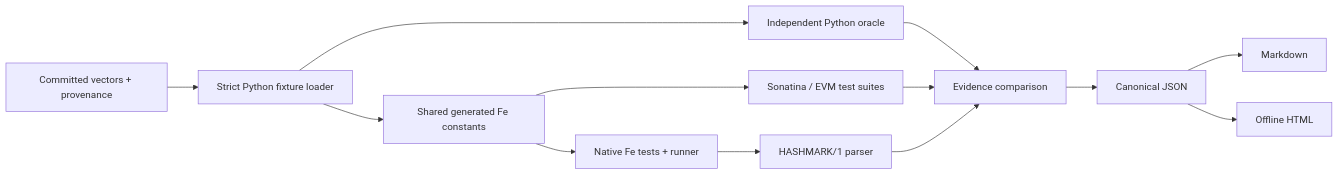
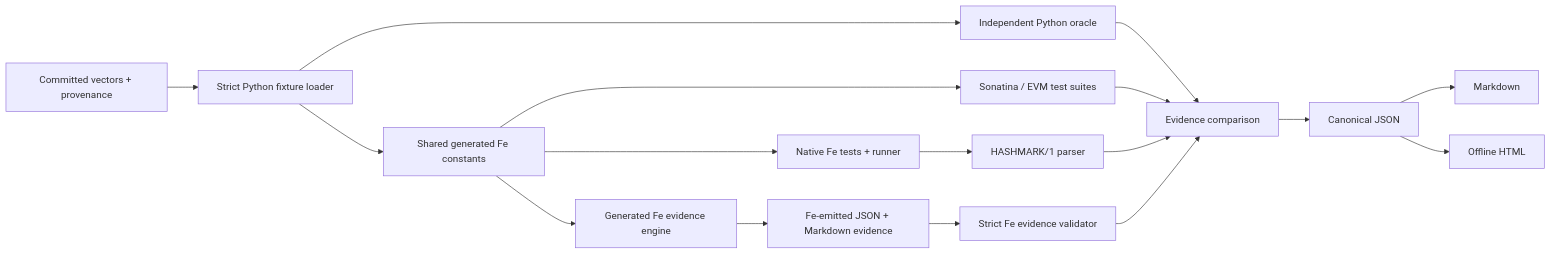
Before and after one commit to arinze116/Hashmark: the diagram in README.md, drawn with Mermaid. The commit also changed other lines of this file and 3 other files, not shown here.

First line of the commit message:
docs: document the Fe-core evidence engine for v1.1.0

````diff
--- a/README.md
+++ b/README.md
@@ -81,15 +84,19 @@
 ```mermaid
 flowchart LR
     V[Committed vectors + provenance] --> P[Strict Python fixture loader]
     P --> O[Independent Python oracle]
     P --> F[Shared generated Fe constants]
     F --> E[Sonatina / EVM test suites]
     F --> N[Native Fe tests + runner]
     N --> R[HASHMARK/1 parser]
+    F --> G[Generated Fe evidence engine]
+    G --> D[Fe-emitted JSON + Markdown evidence]
+    D --> X[Strict Fe evidence validator]
     O --> C[Evidence comparison]
     E --> C
     R --> C
+    X --> C
     C --> J[Canonical JSON]
     J --> M[Markdown]
     J --> H[Offline HTML]
 ```
````
